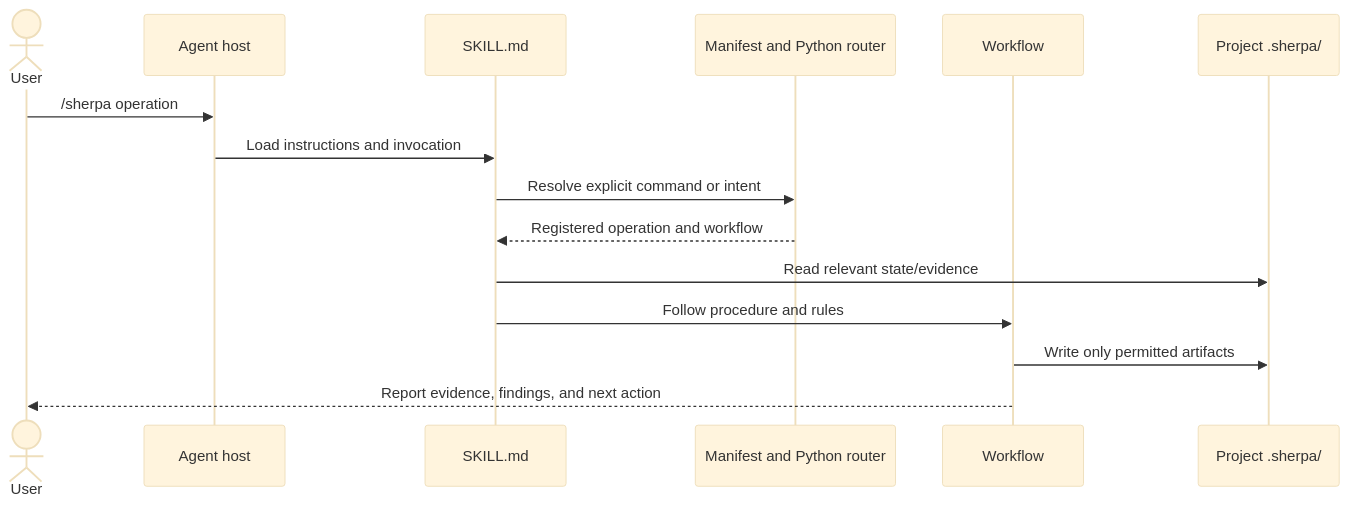
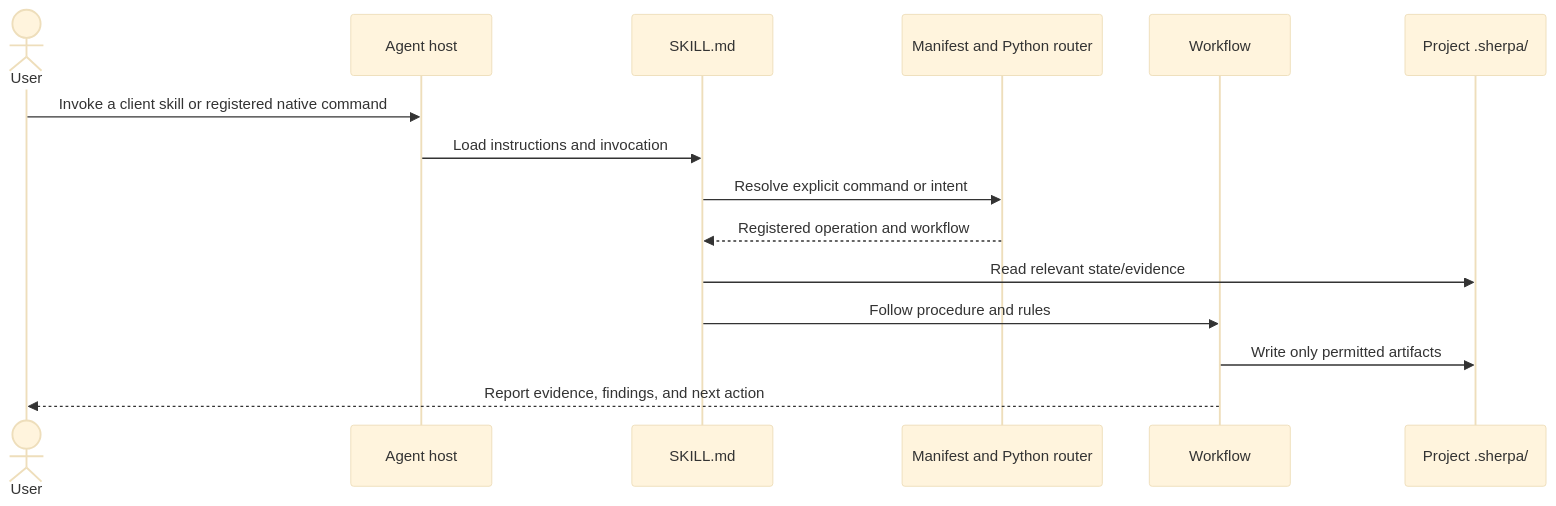
One commit to Anshkaliya18/HackathonOS changed the second of 2 diagrams in docs/architecture/index.md. Above: the diagram before and after it, drawn with Mermaid (base theme). The commit also changed other lines of this file and 37 other files, not shown here.

````diff
--- a/docs/architecture/index.md
+++ b/docs/architecture/index.md
@@ -43,17 +43,17 @@
 ```mermaid
 sequenceDiagram
   actor User
   participant Host as Agent host
   participant Skill as SKILL.md
   participant Router as Manifest and Python router
   participant Workflow
   participant State as Project .sherpa/
-  User->>Host: /sherpa operation
+  User->>Host: Invoke a client skill or registered native command
   Host->>Skill: Load instructions and invocation
   Skill->>Router: Resolve explicit command or intent
   Router-->>Skill: Registered operation and workflow
   Skill->>State: Read relevant state/evidence
   Skill->>Workflow: Follow procedure and rules
   Workflow->>State: Write only permitted artifacts
   Workflow-->>User: Report evidence, findings, and next action
 ```
````
